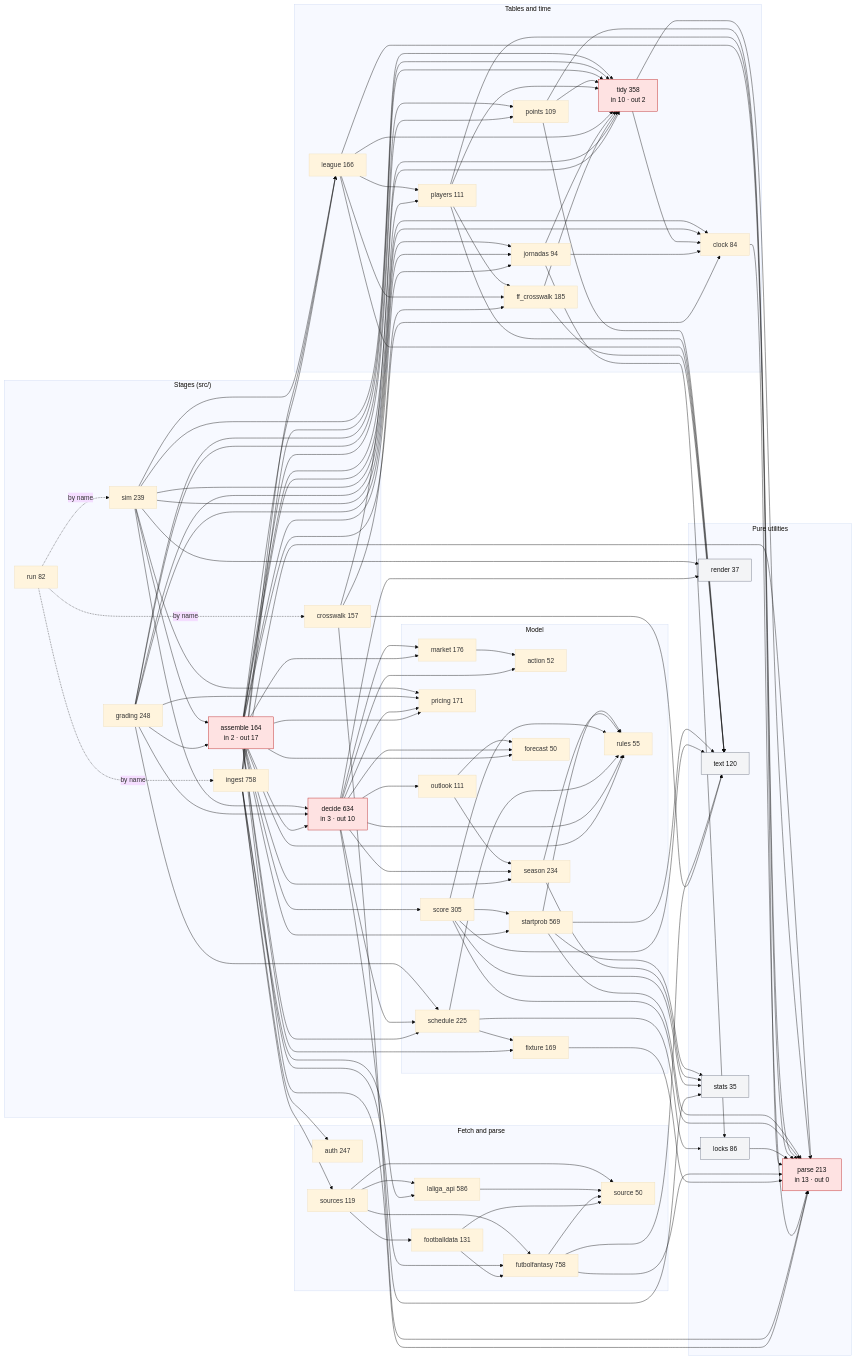
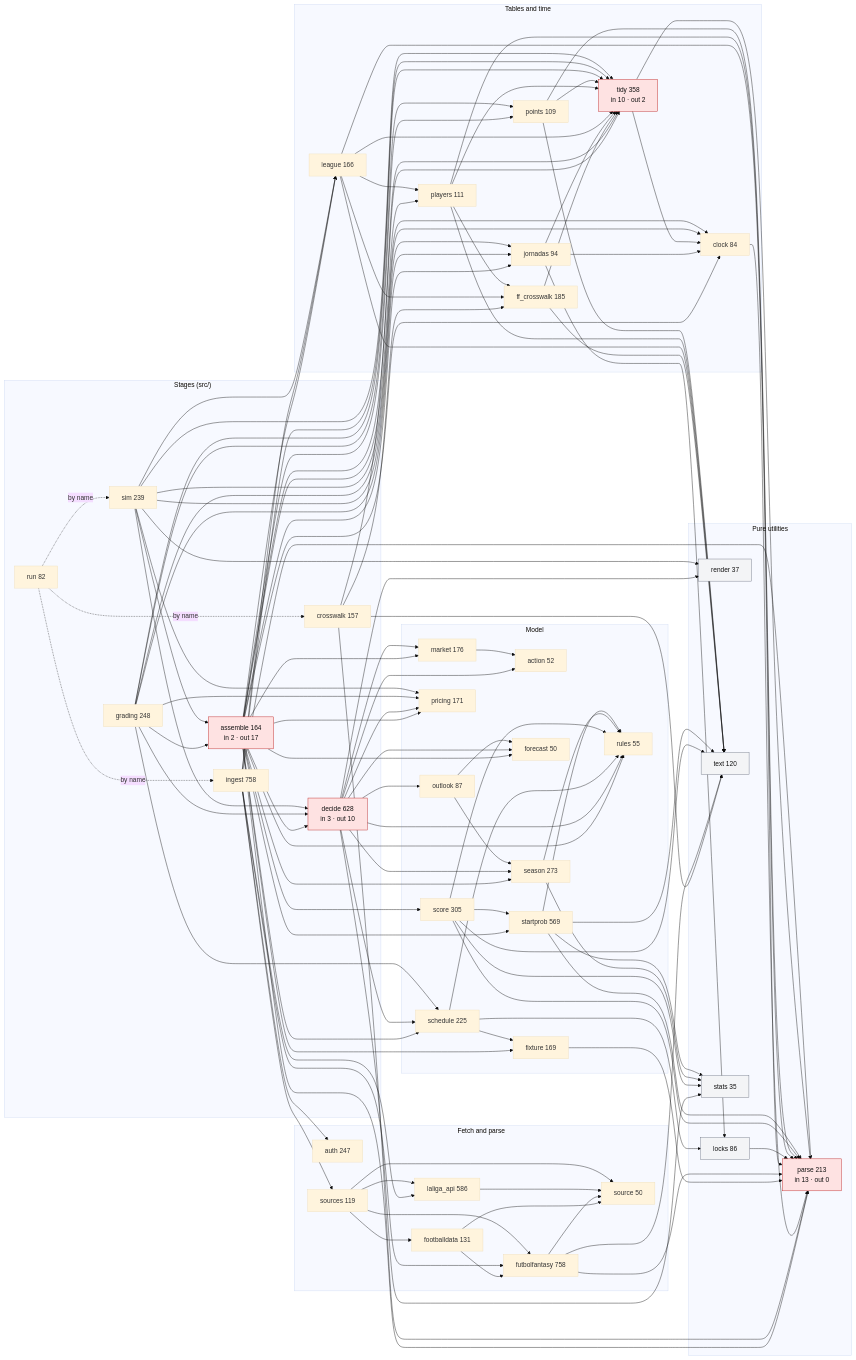
Before and after one commit to OrsM/liga_five_guys: the diagram in docs/modules.mmd, drawn with Mermaid (base theme). The commit also changed 9 other files, not shown here.

```diff
--- a/docs/modules.mmd
+++ b/docs/modules.mmd
@@ -1,155 +1,155 @@
 flowchart LR
     classDef hub fill:#fee2e2,stroke:#b91c1c,color:#111
     classDef leaf fill:#f3f4f6,stroke:#6b7280,color:#111
     subgraph stages["Stages (src/)"]
         assemble["assemble 164<br/>in 2 · out 17"]:::hub
         crosswalk["crosswalk 157"]
-        decide["decide 634<br/>in 3 · out 10"]:::hub
+        decide["decide 628<br/>in 3 · out 10"]:::hub
         grading["grading 248"]
         ingest["ingest 758"]
         run["run 82"]
         sim["sim 239"]
     end
     subgraph fetch["Fetch and parse"]
         auth["auth 247"]
         footballdata["footballdata 131"]
         futbolfantasy["futbolfantasy 758"]
         laliga_api["laliga_api 586"]
         source["source 50"]
         sources["sources 119"]
     end
     subgraph data["Tables and time"]
         clock["clock 84"]
         ff_crosswalk["ff_crosswalk 185"]
         jornadas["jornadas 94"]
         league["league 166"]
         players["players 111"]
         points["points 109"]
         tidy["tidy 358<br/>in 10 · out 2"]:::hub
     end
     subgraph model["Model"]
         action["action 52"]
         fixture["fixture 169"]
         forecast["forecast 50"]
         market["market 176"]
-        outlook["outlook 111"]
+        outlook["outlook 87"]
         pricing["pricing 171"]
         rules["rules 55"]
         schedule["schedule 225"]
         score["score 305"]
-        season["season 234"]
+        season["season 273"]
         startprob["startprob 569"]
     end
     subgraph util["Pure utilities"]
         locks["locks 86"]:::leaf
         parse["parse 213<br/>in 13 · out 0"]:::hub
         render["render 37"]:::leaf
         text["text 120"]:::leaf
         stats["stats 35"]:::leaf
     end
     run -. "by name" .-> ingest
     run -. "by name" .-> crosswalk
     run -. "by name" .-> sim
     assemble --> decide
     assemble --> clock
     assemble --> fixture
     assemble --> forecast
     assemble --> jornadas
     assemble --> league
     assemble --> market
     assemble --> parse
     assemble --> players
     assemble --> points
     assemble --> pricing
     assemble --> rules
     assemble --> schedule
     assemble --> score
     assemble --> season
     assemble --> startprob
     assemble --> tidy
     crosswalk --> ff_crosswalk
     crosswalk --> parse
     crosswalk --> text
     crosswalk --> tidy
     decide --> action
     decide --> forecast
     decide --> market
     decide --> outlook
     decide --> pricing
     decide --> render
     decide --> rules
     decide --> schedule
     decide --> season
     decide --> stats
     clock --> parse
     ff_crosswalk --> text
     ff_crosswalk --> tidy
     fixture --> parse
     footballdata --> futbolfantasy
     footballdata --> source
     futbolfantasy --> parse
     futbolfantasy --> source
     futbolfantasy --> text
     jornadas --> clock
     jornadas --> locks
     jornadas --> tidy
     laliga_api --> source
     league --> ff_crosswalk
     league --> parse
     league --> players
     league --> text
     league --> tidy
     locks --> parse
     market --> action
     outlook --> forecast
     outlook --> season
     players --> ff_crosswalk
     players --> parse
     players --> text
     players --> tidy
     points --> parse
     points --> text
     points --> tidy
     schedule --> fixture
     schedule --> locks
     schedule --> rules
     score --> parse
     score --> rules
     score --> startprob
     score --> text
     score --> stats
     season --> rules
     season --> stats
     startprob --> parse
     startprob --> rules
     startprob --> text
     startprob --> stats
     tidy --> clock
     tidy --> parse
     grading --> assemble
     grading --> decide
     grading --> clock
     grading --> jornadas
     grading --> points
     grading --> pricing
     grading --> schedule
     grading --> tidy
     ingest --> auth
     ingest --> futbolfantasy
     ingest --> laliga_api
     ingest --> league
     ingest --> parse
     ingest --> tidy
     ingest --> sources
     sim --> assemble
     sim --> decide
     sim --> clock
     sim --> jornadas
     sim --> league
     sim --> pricing
     sim --> render
     sim --> tidy
     sources --> footballdata
     sources --> futbolfantasy
     sources --> laliga_api
     sources --> source
```
